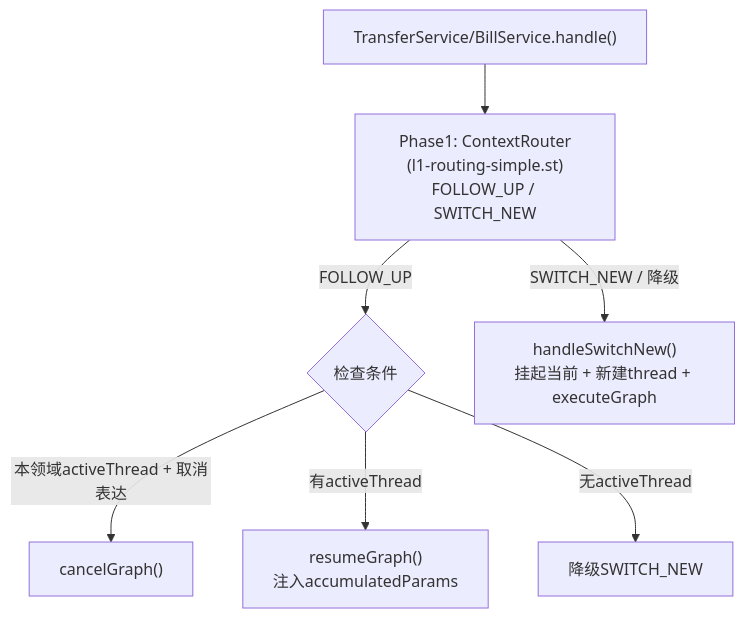
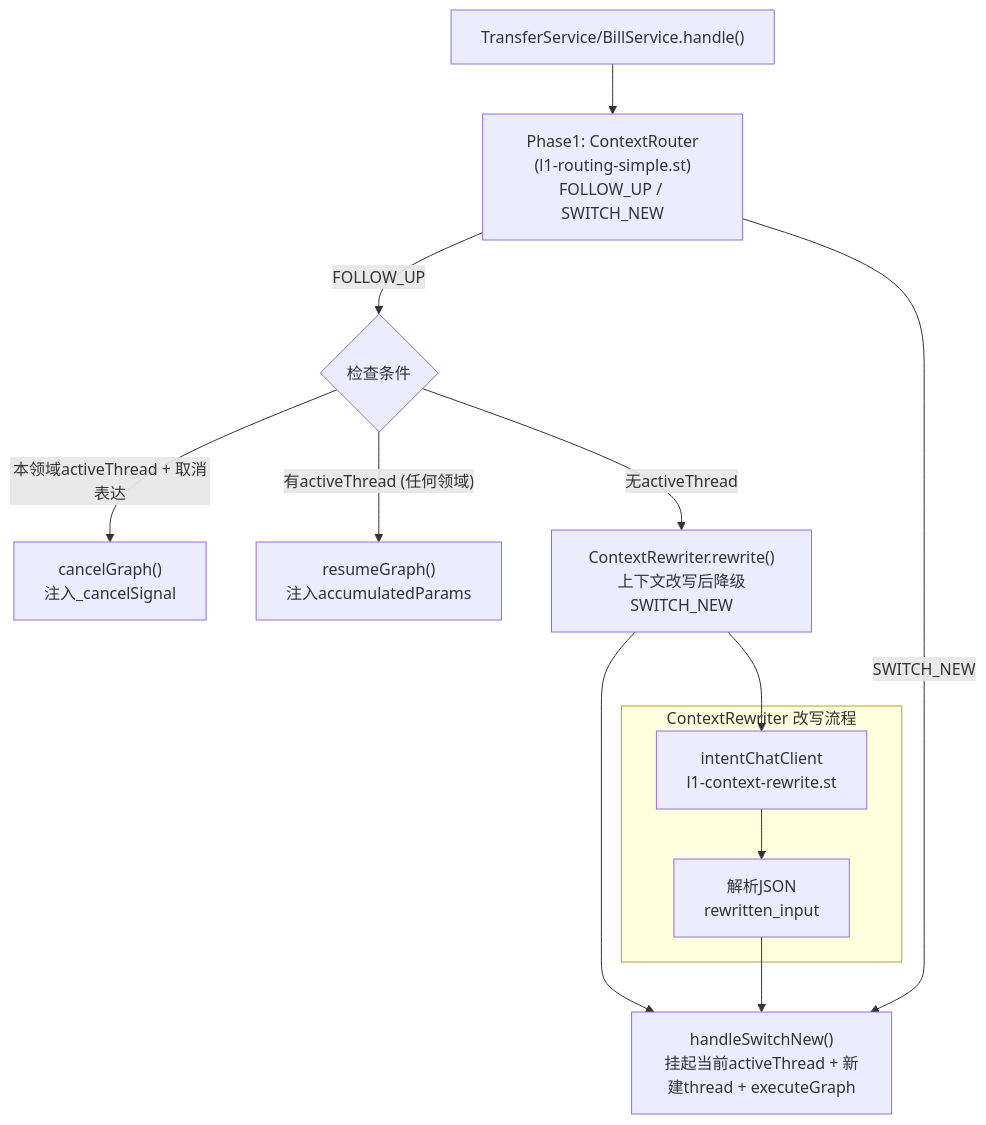
One commit to michael-lin-45/mobile-ai-bank-demo---workbuddy changed the sixth of 22 diagrams in ARCHITECTURE-FULL.md. Above: the diagram before and after it, drawn with Mermaid. The commit also changed other lines of this file and 30 other files, not shown here.

````diff
--- a/ARCHITECTURE-FULL.md
+++ b/ARCHITECTURE-FULL.md
@@ -343,11 +244,19 @@
 ```mermaid
 flowchart TD
     INPUT["TransferService/BillService.handle()"] --> P1["Phase1: ContextRouter<br/>(l1-routing-simple.st)<br/>FOLLOW_UP / SWITCH_NEW"]
     
     P1 -->|"FOLLOW_UP"| FU_CHECK{"检查条件"}
-    FU_CHECK -->|"本领域activeThread + 取消表达"| CANCEL["cancelGraph()"]
-    FU_CHECK -->|"有activeThread"| RESUME["resumeGraph()<br/>注入accumulatedParams"]
-    FU_CHECK -->|"无activeThread"| FALLBACK["降级SWITCH_NEW"]
+    FU_CHECK -->|"本领域activeThread + 取消表达"| CANCEL["cancelGraph()<br/>注入_cancelSignal"]
+    FU_CHECK -->|"有activeThread (任何领域)"| RESUME["resumeGraph()<br/>注入accumulatedParams"]
+    FU_CHECK -->|"无activeThread"| REWRITE["ContextRewriter.rewrite()<br/>上下文改写后降级SWITCH_NEW"]
     
-    P1 -->|"SWITCH_NEW / 降级"| SN["handleSwitchNew()<br/>挂起当前 + 新建thread + executeGraph"]
+    P1 -->|"SWITCH_NEW"| SN["handleSwitchNew()<br/>挂起当前activeThread + 新建thread + executeGraph"]
+    REWRITE --> SN
+    
+    subgraph "ContextRewriter 改写流程"
+        CR_LLM["intentChatClient<br/>l1-context-rewrite.st"] --> CR_PARSE["解析JSON<br/>rewritten_input"]
+    end
+    
+    REWRITE --> CR_LLM
+    CR_PARSE --> SN
 ```
````
